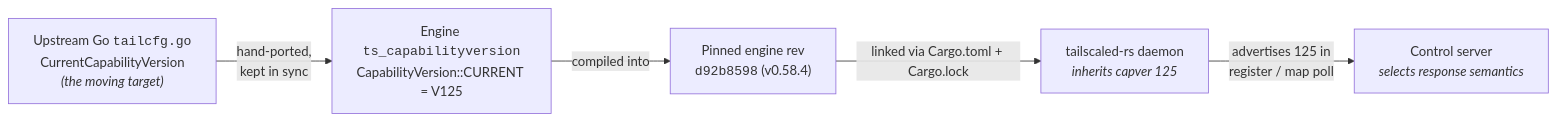
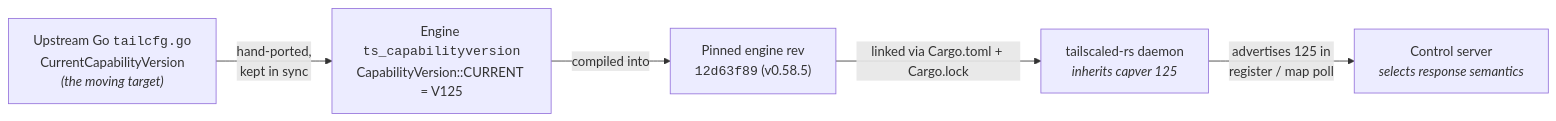
One commit to GeiserX/tailscaled-rs changed the diagram in docs/ENGINE.md. Above: the diagram before and after it, drawn with Mermaid. The commit also changed other lines of this file and 5 other files, not shown here.

````diff
--- a/docs/ENGINE.md
+++ b/docs/ENGINE.md
@@ -207,8 +207,8 @@
 ```mermaid
 flowchart LR
     GO["Upstream Go <code>tailcfg.go</code><br/>CurrentCapabilityVersion<br/><i>(the moving target)</i>"]
       -->|"hand-ported,<br/>kept in sync"| ENG_SRC["Engine <code>ts_capabilityversion</code><br/>CapabilityVersion::CURRENT = V125"]
-    ENG_SRC -->|"compiled into"| REV["Pinned engine rev<br/><code>d92b8598</code> (v0.58.4)"]
+    ENG_SRC -->|"compiled into"| REV["Pinned engine rev<br/><code>12d63f89</code> (v0.58.5)"]
     REV -->|"linked via Cargo.toml + Cargo.lock"| DAEMON["tailscaled-rs daemon<br/><i>inherits capver 125</i>"]
     DAEMON -->|"advertises 125 in<br/>register / map poll"| CTRL["Control server<br/><i>selects response semantics</i>"]
 ```
````
